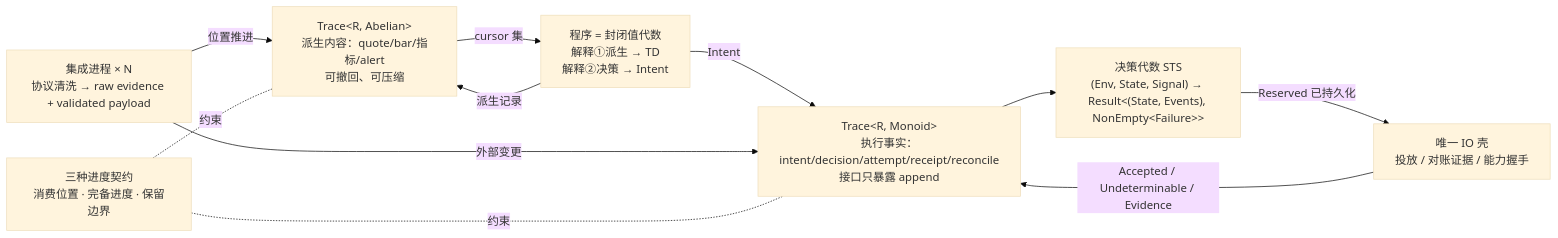
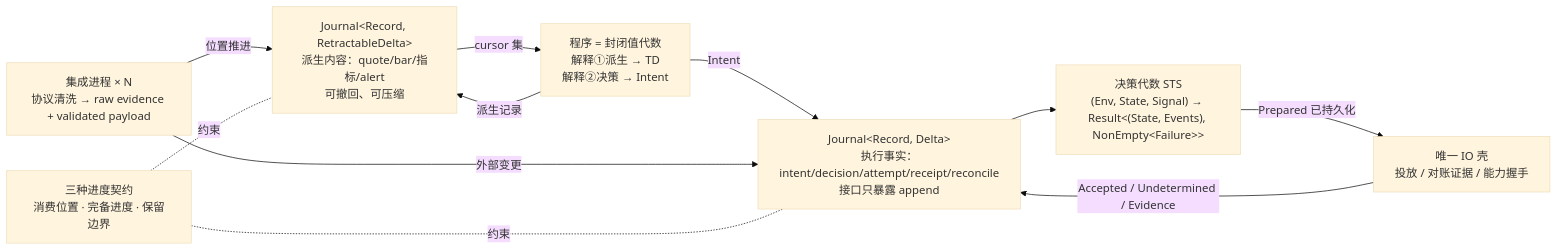
One commit to mouriya-s-lab/OpenAlice changed the diagram in plans/uta-refactor/design/uta-core-design.md. Above: the diagram before and after it, drawn with Mermaid (base theme). The commit also changed other lines of this file, not shown here.

Commit message:
plans(uta-refactor): systematic rename — no abbreviations or single-letter generics in the design doc; actions vs states disambiguated; Journal/Prepared/Ticket per maintainer

````diff
--- a/plans/uta-refactor/design/uta-core-design.md
+++ b/plans/uta-refactor/design/uta-core-design.md
@@ -31,20 +31,20 @@
 ```mermaid
 flowchart LR
   INT["集成进程 × N<br/>协议清洗 → raw evidence + validated payload"]
-  TD["Trace&lt;R, Abelian&gt;<br/>派生内容：quote/bar/指标/alert<br/>可撤回、可压缩"]
-  TE["Trace&lt;R, Monoid&gt;<br/>执行事实：intent/decision/attempt/receipt/reconcile<br/>接口只暴露 append"]
+  TD["Journal&lt;Record, RetractableDelta&gt;<br/>派生内容：quote/bar/指标/alert<br/>可撤回、可压缩"]
+  TE["Journal&lt;Record, Delta&gt;<br/>执行事实：intent/decision/attempt/receipt/reconcile<br/>接口只暴露 append"]
   STS["决策代数 STS<br/>(Env, State, Signal) → Result&lt;(State, Events), NonEmpty&lt;Failure&gt;&gt;"]
   PROG["程序 = 封闭值代数<br/>解释①派生 → TD<br/>解释②决策 → Intent"]
   IO["唯一 IO 壳<br/>投放 / 对账证据 / 能力握手"]
   FR["三种进度契约<br/>消费位置 · 完备进度 · 保留边界"]
   INT -->|位置推进| TD
   TD -->|cursor 集| PROG
   PROG -->|派生记录| TD
   PROG -->|Intent| TE
   TE --> STS
-  STS -->|Reserved 已持久化| IO
-  IO -->|Accepted / Undeterminable / Evidence| TE
+  STS -->|Prepared 已持久化| IO
+  IO -->|Accepted / Undetermined / Evidence| TE
   INT -->|外部变更| TE
   FR -.约束.- TD
   FR -.约束.- TE
 ```
````
